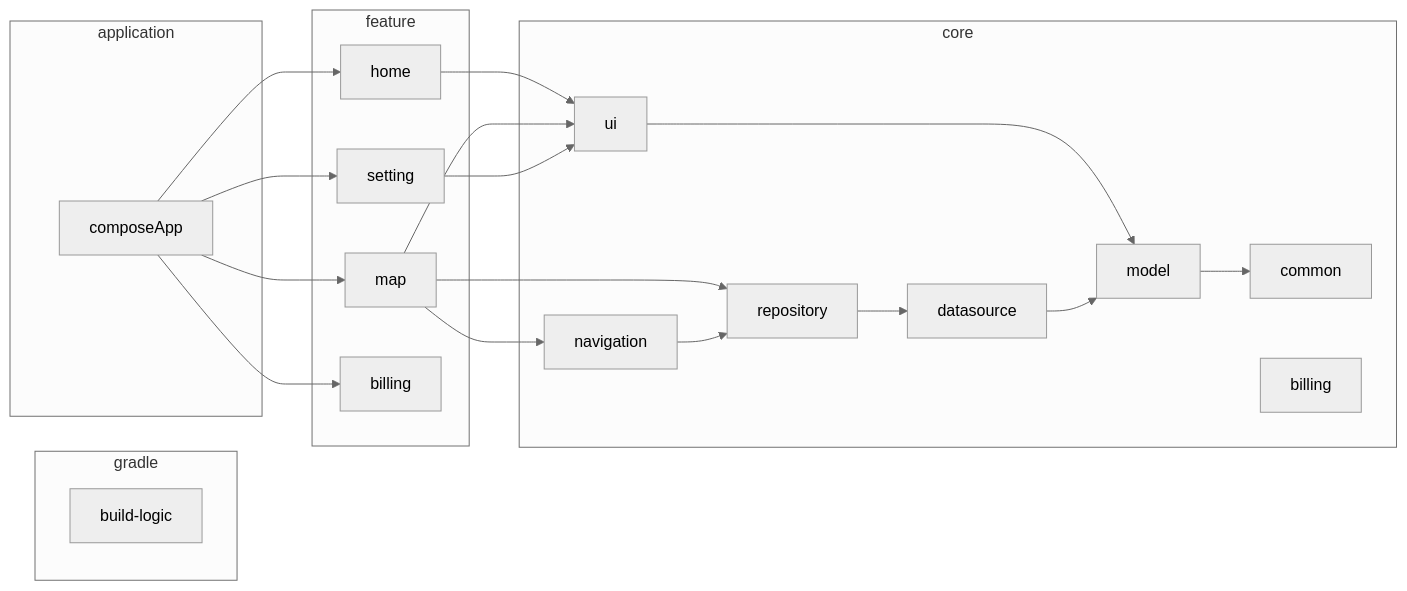
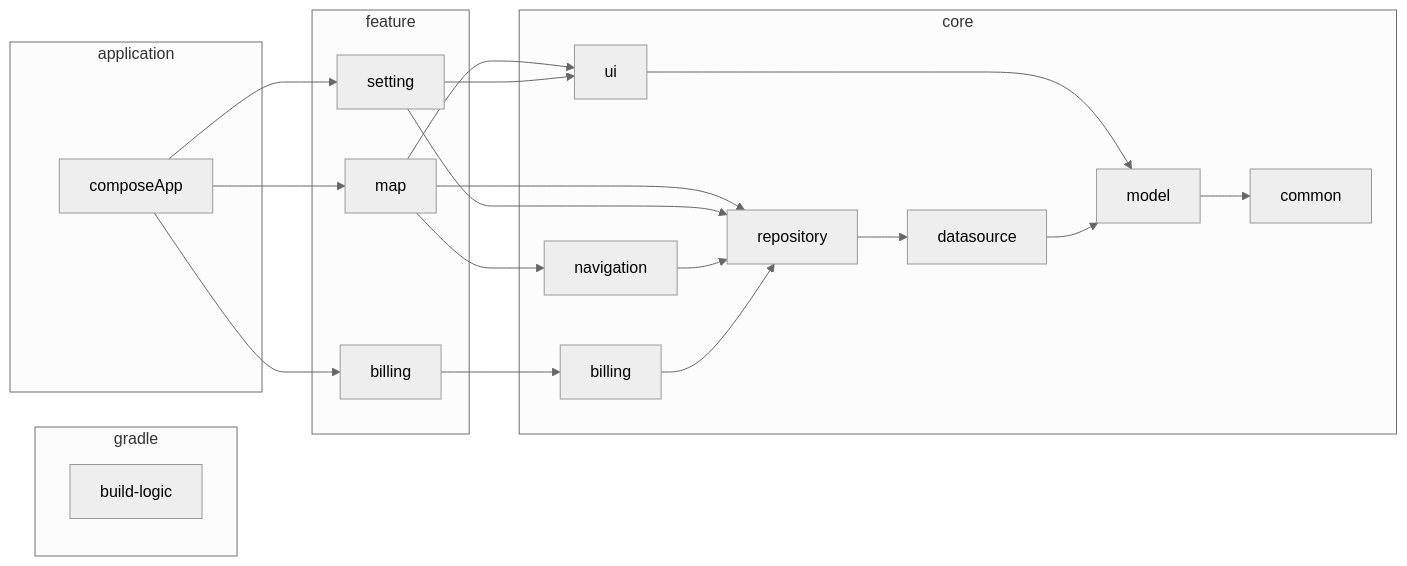
The diagram in README.md (matsumo0922/OneNavi), drawn with Mermaid before and after one commit. The commit also changed other lines of this file, not shown here.

````diff
--- a/README.md
+++ b/README.md
@@ -135,39 +134,39 @@
 ```mermaid
 %%{ init: { 'theme': 'neutral' } }%%
 graph LR
   subgraph gradle
     build-logic
   end
   subgraph application
     composeApp
   end
   subgraph feature
-    home
+    setting
     map
-    setting
     billing-feature[billing]
   end
   subgraph core
     common
     ui
     navigation
     repository
     datasource
     model
     billing
   end
-  composeApp --> home
   composeApp --> map
   composeApp --> setting
   composeApp --> billing-feature
-  home --> ui
   map --> ui
   map --> navigation
   map --> repository
   setting --> ui
+  setting --> repository
+  billing-feature --> billing
   navigation --> repository
+  billing --> repository
   ui --> model
   repository --> datasource
   datasource --> model
   model --> common
 ```
````
